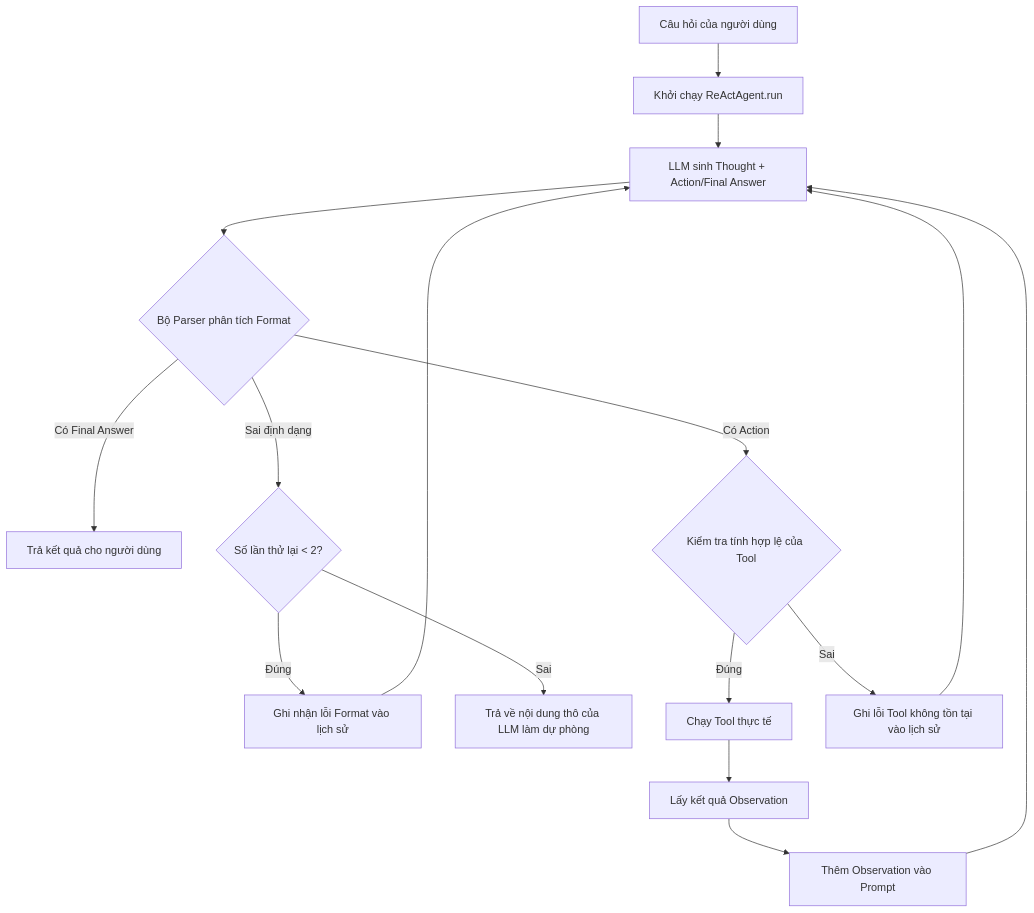
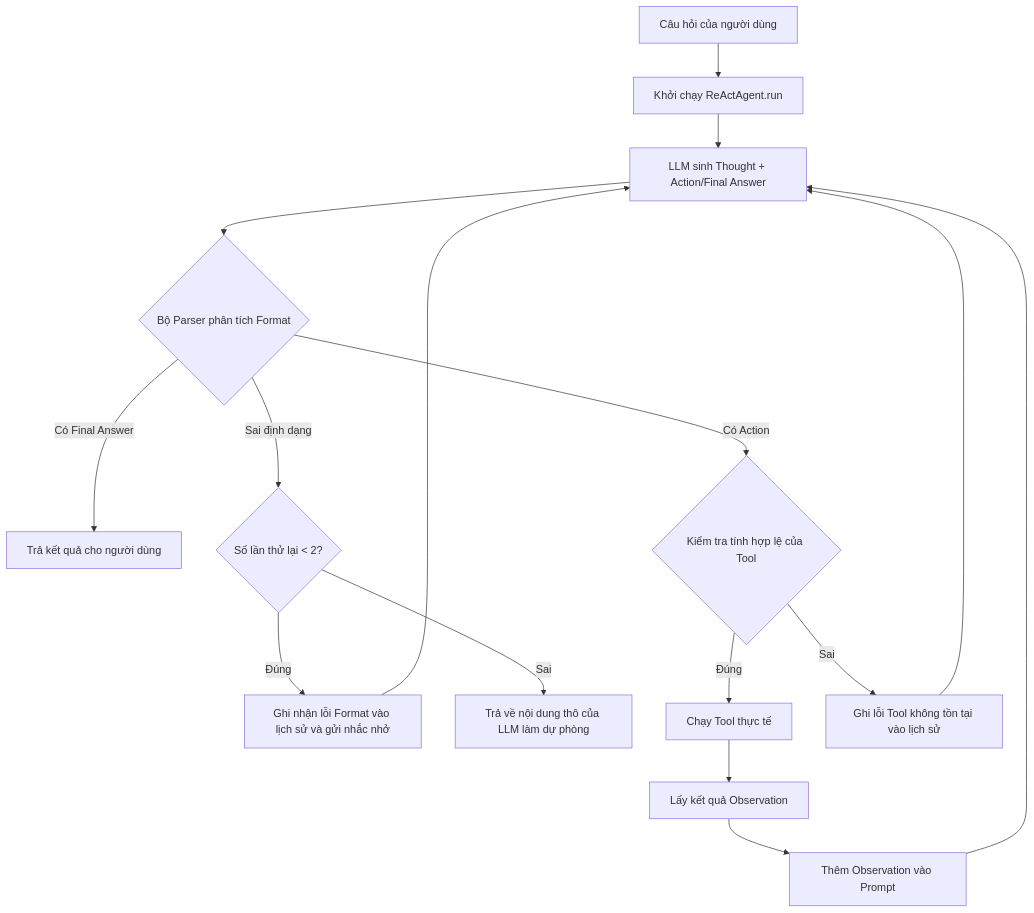
One commit to theluu/lap3-008 changed the diagram in report/group_report/GROUP_REPORT_lap3_008.md. Above: the diagram before and after it, drawn with Mermaid. The commit also changed other lines of this file and 1 other file, not shown here.

````diff
--- a/report/group_report/GROUP_REPORT_lap3_008.md
+++ b/report/group_report/GROUP_REPORT_lap3_008.md
@@ -27,18 +62,18 @@
 ```mermaid
 graph TD
     UserQuery[Câu hỏi của người dùng] --> AgentRun[Khởi chạy ReActAgent.run]
     AgentRun --> LLMCall[LLM sinh Thought + Action/Final Answer]
     LLMCall --> Parse{Bộ Parser phân tích Format}
     
     Parse -- "Có Final Answer" --> ReturnResult[Trả kết quả cho người dùng]
     Parse -- "Có Action" --> ValidateTool{Kiểm tra tính hợp lệ của Tool}
     Parse -- "Sai định dạng" --> Nudge{Số lần thử lại < 2?}
     
-    Nudge -- Đúng --> FormatError[Ghi nhận lỗi Format vào lịch sử] --> LLMCall
+    Nudge -- Đúng --> FormatError[Ghi nhận lỗi Format vào lịch sử và gửi nhắc nhở] --> LLMCall
     Nudge -- Sai --> FailSafe[Trả về nội dung thô của LLM làm dự phòng]
     
     ValidateTool -- Đúng --> RunTool[Chạy Tool thực tế] --> Observation[Lấy kết quả Observation]
     Observation --> AppendObs[Thêm Observation vào Prompt] --> LLMCall
     
     ValidateTool -- Sai --> ToolError[Ghi lỗi Tool không tồn tại vào lịch sử] --> LLMCall
 ```
````
